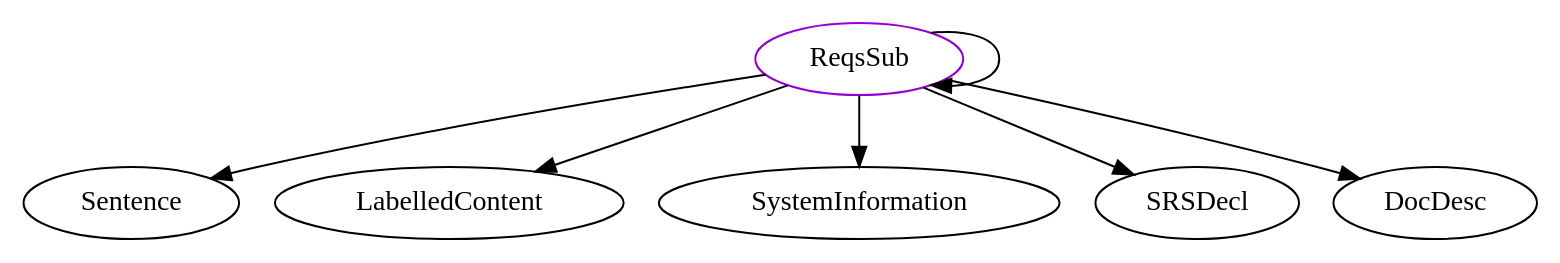
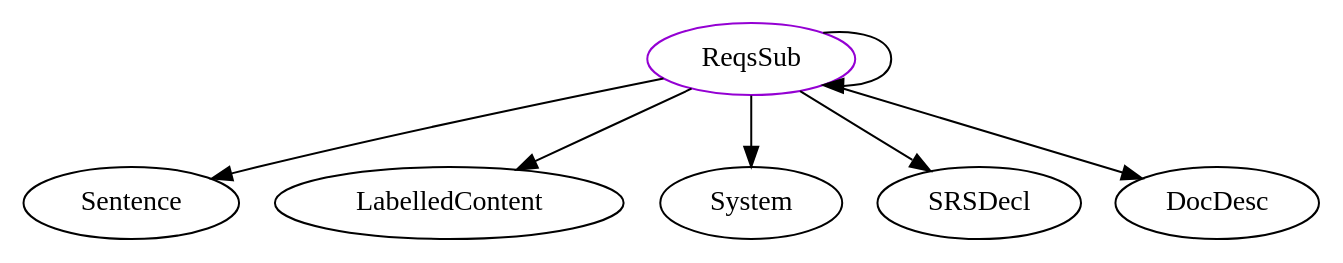
The diagram in analysis/TypeDependencyGraphs/docLang/ReqsSub.dot (JacquesCarette/Drasil), drawn with Graphviz before and after one commit. The commit also changed 337 other files, not shown here.

```diff
--- a/analysis/TypeDependencyGraphs/docLang/ReqsSub.dot
+++ b/analysis/TypeDependencyGraphs/docLang/ReqsSub.dot
@@ -1,9 +1,9 @@
 digraph reqssub{
 ReqsSub	[shape=oval, color=darkviolet, label="ReqsSub"];
 ReqsSub -> Sentence;
 ReqsSub -> LabelledContent;
 ReqsSub -> ReqsSub;
-ReqsSub -> SystemInformation;
+ReqsSub -> System;
 ReqsSub -> SRSDecl;
 ReqsSub -> DocDesc;
 }
```
